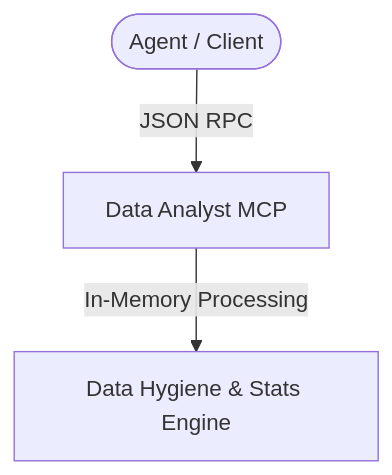
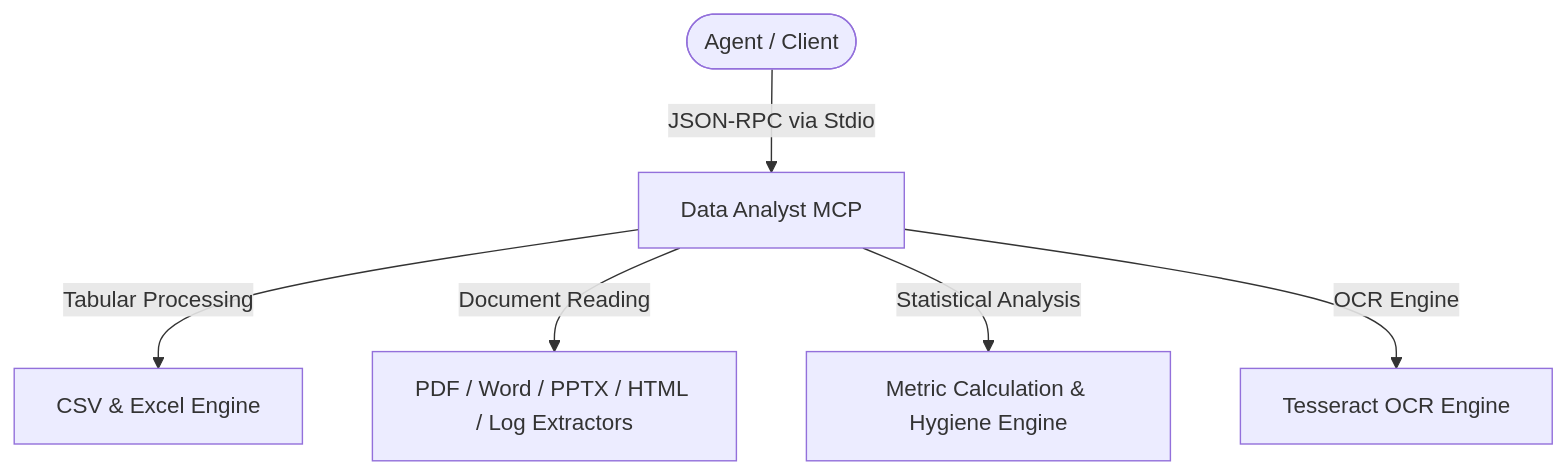
One commit to rauseoj89/Agy-MCP changed the diagram in mcp-blueprints/data-analyst-mcp/BLUEPRINT.md. Above: the diagram before and after it, drawn with Mermaid. The commit also changed other lines of this file and 15 other files, not shown here.

Commit message:
feat(blueprints): modernize data-analyst and office suites, sanitize blueprints, add author attribution

````diff
--- a/mcp-blueprints/data-analyst-mcp/BLUEPRINT.md
+++ b/mcp-blueprints/data-analyst-mcp/BLUEPRINT.md
@@ -9,5 +7,8 @@
 ```mermaid
 graph TD
-    Agent([Agent / Client]) -->|JSON RPC| MCP[Data Analyst MCP]
-    MCP -->|In-Memory Processing| Engine[Data Hygiene & Stats Engine]
+    Agent([Agent / Client]) -->|JSON-RPC via Stdio| MCP[Data Analyst MCP]
+    MCP -->|Tabular Processing| TableEng[CSV & Excel Engine]
+    MCP -->|Document Reading| DocEng[PDF / Word / PPTX / HTML / Log Extractors]
+    MCP -->|Statistical Analysis| StatsEng[Metric Calculation & Hygiene Engine]
+    MCP -->|OCR Engine| OCREng[Tesseract OCR Engine]
 ```
````
